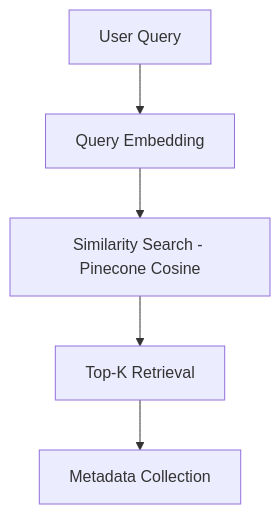
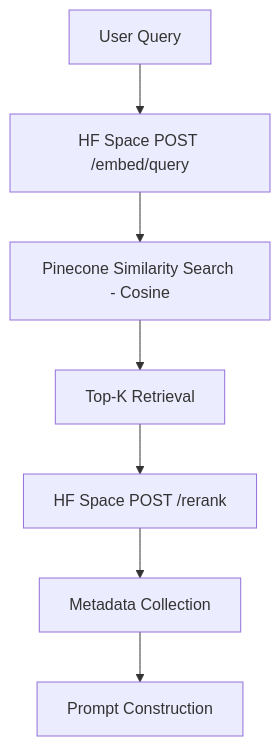
The second of 3 diagrams in RAG_PIPELINE.md (NeetiQ/Samarth_internship_2026_RAG_Chatbot), drawn with Mermaid before and after one commit. The commit also changed other lines of this file and 9 other files, not shown here.

````diff
--- a/RAG_PIPELINE.md
+++ b/RAG_PIPELINE.md
@@ -34,7 +34,9 @@
 ```mermaid
 graph TD
-    Q[User Query] --> QE[Query Embedding]
-    QE --> SS[Similarity Search - Pinecone Cosine]
+    Q[User Query] --> QE[HF Space POST /embed/query]
+    QE --> SS[Pinecone Similarity Search - Cosine]
     SS --> TK[Top-K Retrieval]
-    TK --> MC[Metadata Collection]
+    TK --> RR[HF Space POST /rerank]
+    RR --> MC[Metadata Collection]
+    MC --> PROMPT[Prompt Construction]
 ```
````
